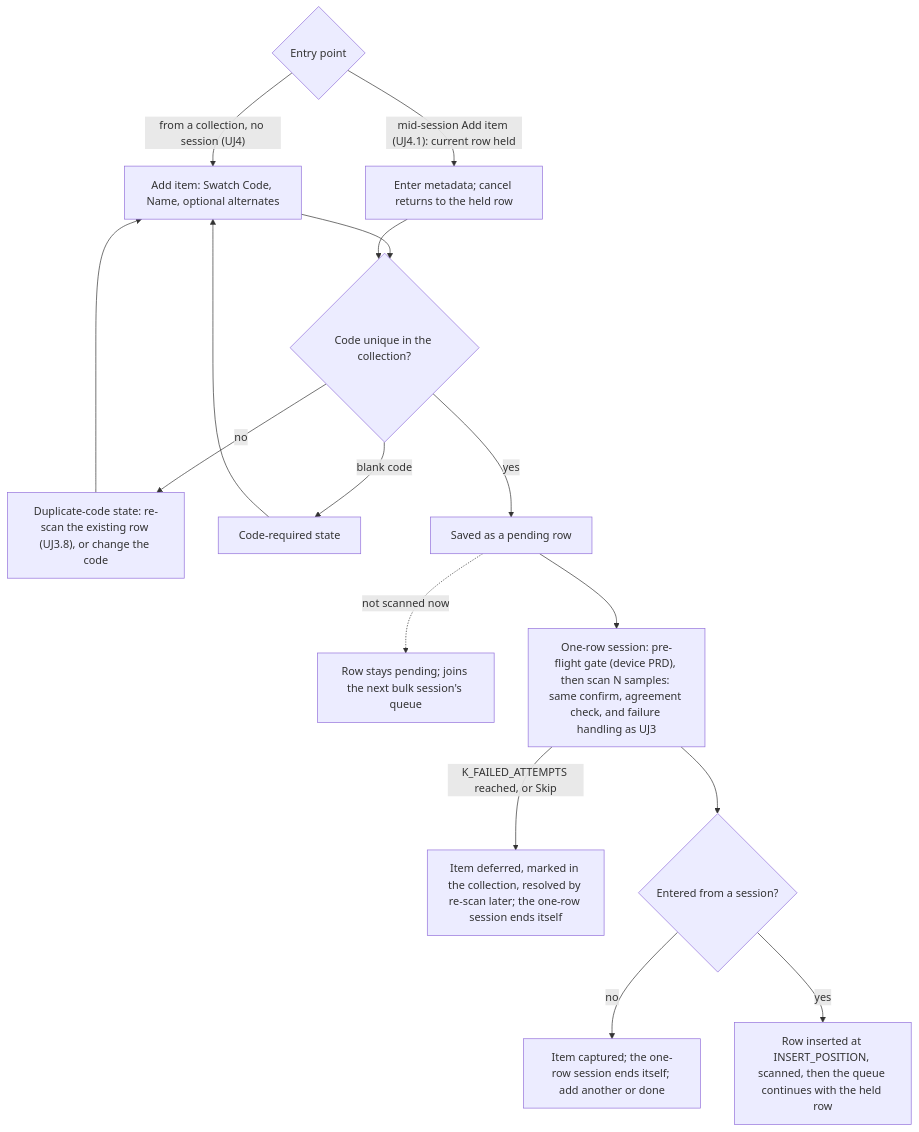
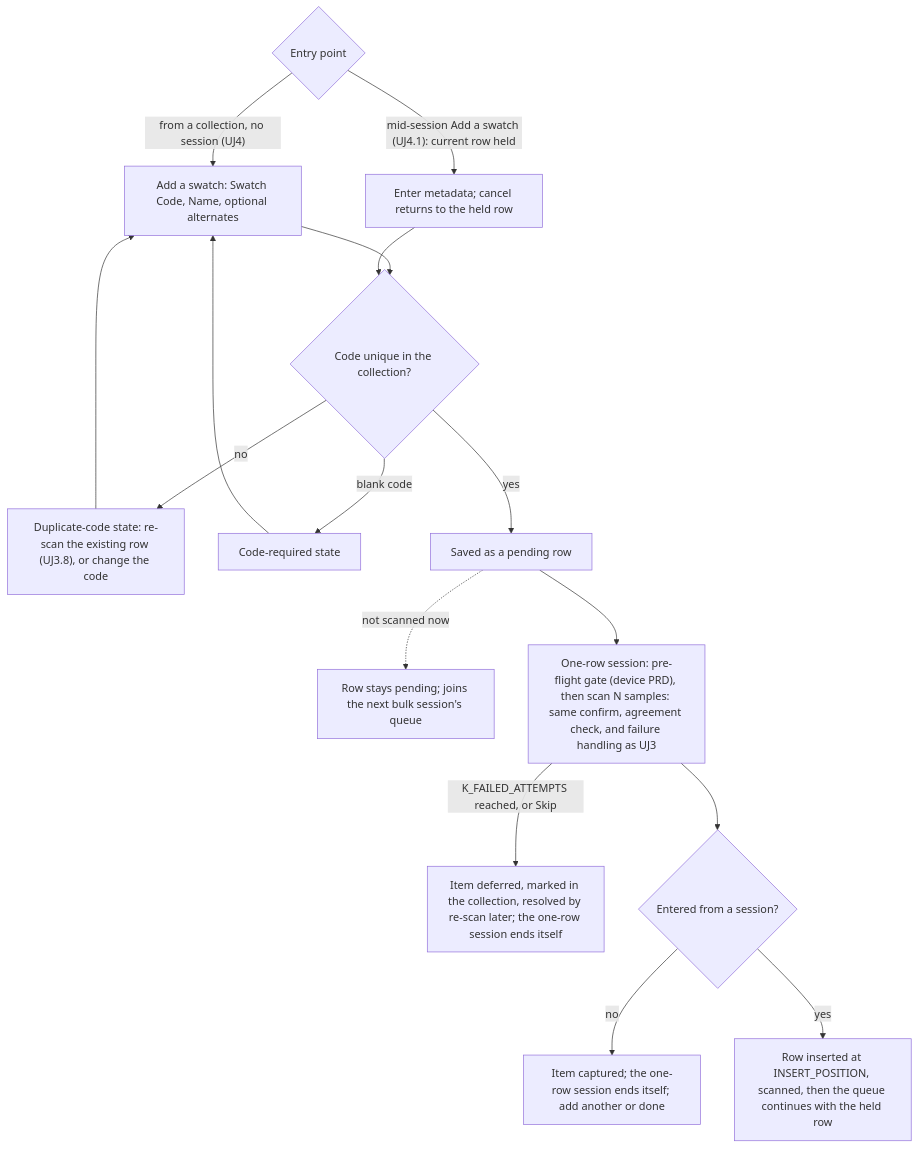
Before and after one commit to vinnyp/spectro-capture: the sixth of 6 diagrams in docs/product/prd-capture-mode.md, drawn with Mermaid. The commit also changed other lines of this file and 3 other files, not shown here.

````diff
--- a/docs/product/prd-capture-mode.md
+++ b/docs/product/prd-capture-mode.md
@@ -485,18 +485,18 @@
 ```mermaid
 flowchart TD
-    A{Entry point} -- "from a collection, no session (UJ4)" --> B["Add item: Swatch Code, Name, optional alternates"]
-    A -- "mid-session Add item (UJ4.1): current row held" --> B2["Enter metadata; cancel returns to the held row"]
+    A{Entry point} -- "from a collection, no session (UJ4)" --> B["Add a swatch: Swatch Code, Name, optional alternates"]
+    A -- "mid-session Add a swatch (UJ4.1): current row held" --> B2["Enter metadata; cancel returns to the held row"]
     B --> C{Code unique in the collection?}
     B2 --> C
     C -- no --> C1["Duplicate-code state: re-scan the existing row (UJ3.8), or change the code"]
     C1 --> B
     C -- "blank code" --> C2["Code-required state"]
     C2 --> B
     C -- yes --> D["Saved as a pending row"]
     D -. "not scanned now" .-> D1["Row stays pending; joins the next bulk session's queue"]
     D --> E["One-row session: pre-flight gate (device PRD), then scan N samples: same confirm, agreement check, and failure handling as UJ3"]
     E -- "K_FAILED_ATTEMPTS reached, or Skip" --> E1["Item deferred, marked in the collection, resolved by re-scan later; the one-row session ends itself"]
     E --> F{Entered from a session?}
     F -- no --> G["Item captured; the one-row session ends itself; add another or done"]
     F -- yes --> H["Row inserted at INSERT_POSITION, scanned, then the queue continues with the held row"]
 ```
````
